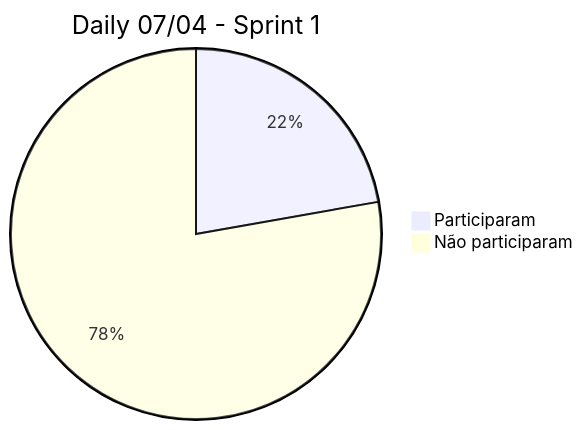
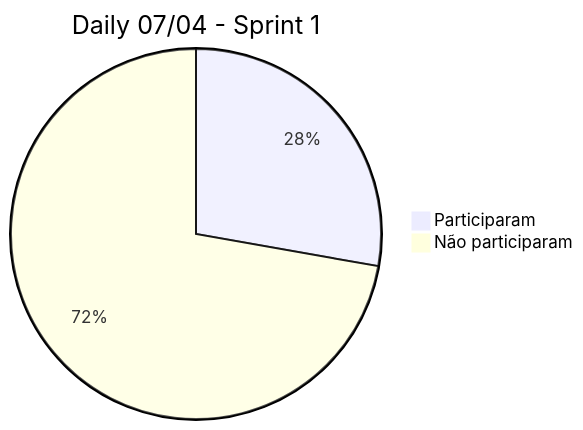
One commit to VeiculosMontadora/Management changed the sixth of 6 diagrams in README.md. Above: the diagram before and after it, drawn with Mermaid.

````diff
--- a/README.md
+++ b/README.md
@@ -45,5 +45,5 @@
 ```mermaid
 pie title Daily 07/04 - Sprint 1
-    "Participaram" : 4
-    "Não participaram" : 14
+    "Participaram" : 5
+    "Não participaram" : 13
 ```
````
